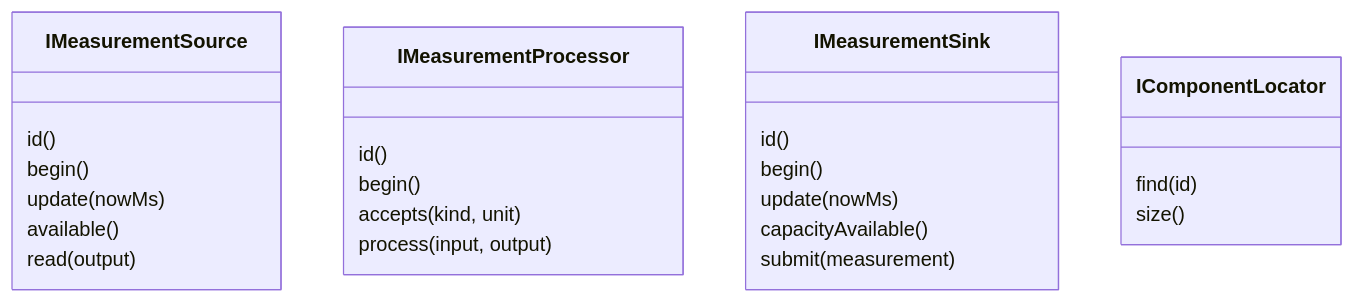
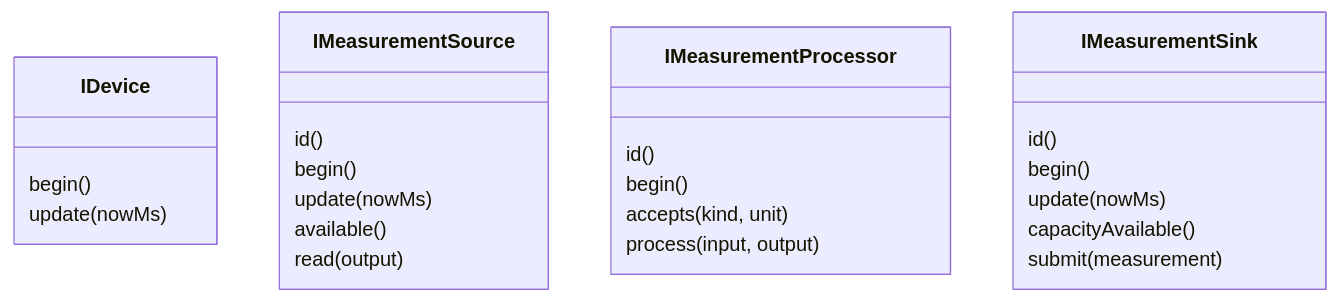
One commit to MROutake/MEA- changed the second of 2 diagrams in repositories/mea-core/README.md. Above: the diagram before and after it, drawn with Mermaid. The commit also changed other lines of this file and 86 other files, not shown here.

Commit message:
docs: align workspace with modular target architecture

````diff
--- a/repositories/mea-core/README.md
+++ b/repositories/mea-core/README.md
@@ -84,27 +51,27 @@
 ```mermaid
 classDiagram
+    class IDevice {
+        begin()
+        update(nowMs)
+    }
     class IMeasurementSource {
         id()
         begin()
         update(nowMs)
         available()
         read(output)
     }
     class IMeasurementProcessor {
         id()
         begin()
         accepts(kind, unit)
         process(input, output)
     }
     class IMeasurementSink {
         id()
         begin()
         update(nowMs)
         capacityAvailable()
         submit(measurement)
     }
-    class IComponentLocator {
-        find(id)
-        size()
-    }
 ```
````
